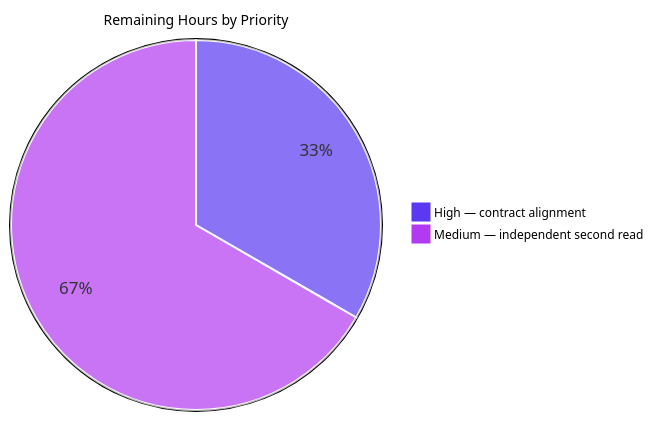
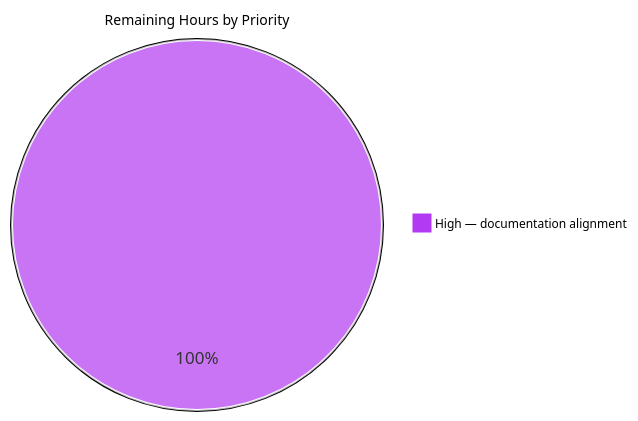
The third of 3 diagrams in blitzy/documentation/Project Guide - 00ab7680-95b3-4405-adc0-5eed63bd77c7.md (brichardsblitzy/QuickTest), drawn with Mermaid before and after one commit. The commit also changed other lines of this file, not shown here.

````diff
--- a/blitzy/documentation/Project Guide - 00ab7680-95b3-4405-adc0-5eed63bd77c7.md
+++ b/blitzy/documentation/Project Guide - 00ab7680-95b3-4405-adc0-5eed63bd77c7.md
@@ -187,6 +186,5 @@
 ```mermaid
-%%{init: {"themeVariables": {"pie1": "#5B39F3", "pie2": "#B23AF2", "pie3": "#A8FDD9", "pieStrokeColor": "#FFFFFF", "pieTitleTextSize": "14px", "pieLegendTextSize": "12px"}}}%%
+%%{init: {"themeVariables": {"pie1": "#B23AF2", "pie3": "#A8FDD9", "pieStrokeColor": "#FFFFFF", "pieTitleTextSize": "14px", "pieLegendTextSize": "12px"}}}%%
 pie title Remaining Hours by Priority
-    "High — contract alignment" : 0.5
-    "Medium — independent second read" : 1.0
+    "High — documentation alignment" : 1.5
 ```
````
